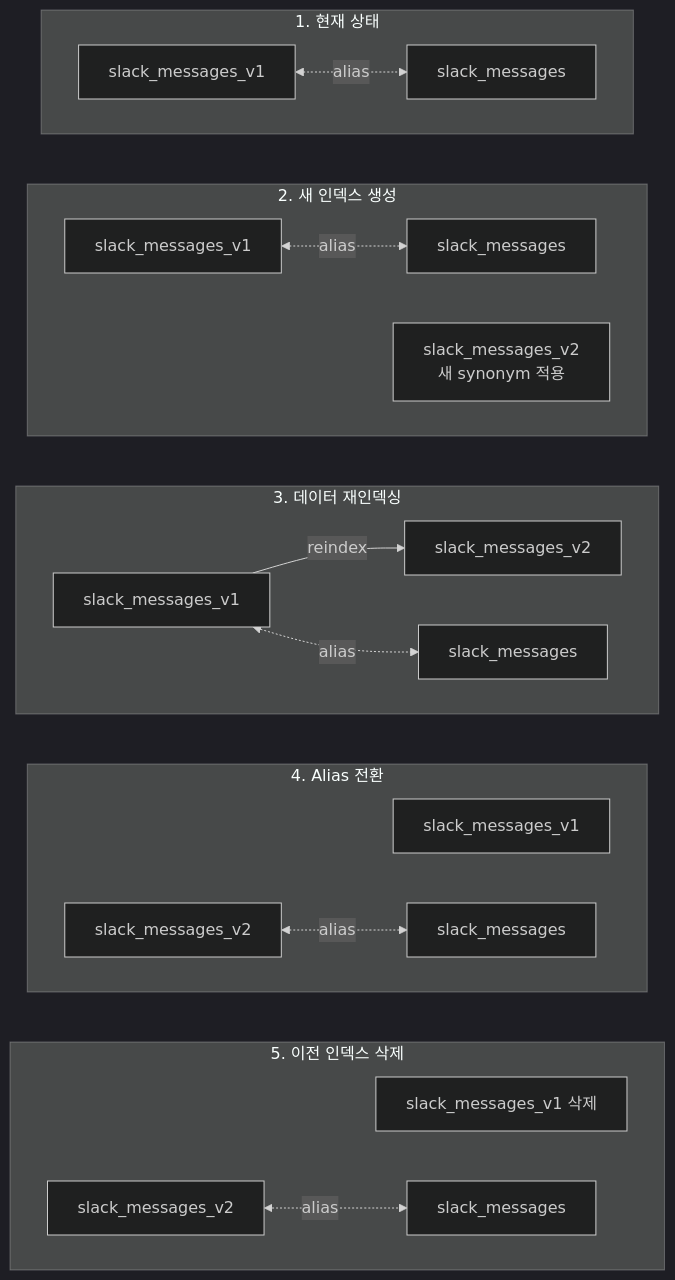
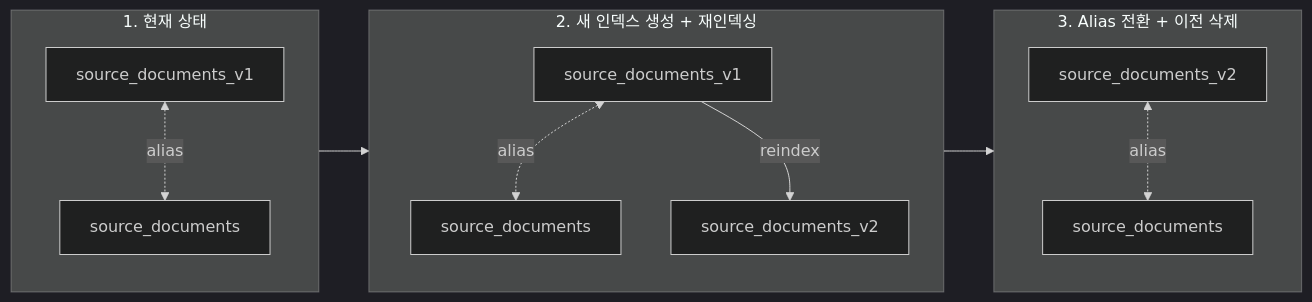
Before and after one commit to mkroo/termbase: the third of 5 diagrams in docs/ARCHITECTURE.md, drawn with Mermaid (dark theme). The commit also changed other lines of this file and 1 other file, not shown here.

First line of the commit message:
docs: ARCHITECTURE.md 및 REQUIREMENTS.md 전면 재설계

````diff
--- a/docs/ARCHITECTURE.md
+++ b/docs/ARCHITECTURE.md
@@ -238,28 +475,18 @@
 ```mermaid
-flowchart TB
+flowchart LR
     subgraph s1["1. 현재 상태"]
-        A1[slack_messages_v1] <-.->|alias| AL1[slack_messages]
+        A1[source_documents_v1] <-.->|alias| AL1[source_documents]
     end
 
-    subgraph s2["2. 새 인덱스 생성"]
-        A1_2[slack_messages_v1] <-.->|alias| AL2[slack_messages]
-        B2[slack_messages_v2<br/>새 synonym 적용]
+    subgraph s2["2. 새 인덱스 생성 + 재인덱싱"]
+        A2[source_documents_v1] <-.->|alias| AL2[source_documents]
+        B2[source_documents_v2]
+        A2 -->|reindex| B2
     end
 
-    subgraph s3["3. 데이터 재인덱싱"]
-        A1_3[slack_messages_v1] -->|reindex| B3[slack_messages_v2]
-        A1_3 <-.->|alias| AL3[slack_messages]
+    subgraph s3["3. Alias 전환 + 이전 삭제"]
+        B3[source_documents_v2] <-.->|alias| AL3[source_documents]
     end
 
-    subgraph s4["4. Alias 전환"]
-        A1_4[slack_messages_v1]
-        B4[slack_messages_v2] <-.->|alias| AL4[slack_messages]
-    end
-
-    subgraph s5["5. 이전 인덱스 삭제"]
-        X[slack_messages_v1 삭제]
-        B5[slack_messages_v2] <-.->|alias| AL5[slack_messages]
-    end
-
-    s1 ~~~ s2 ~~~ s3 ~~~ s4 ~~~ s5
+    s1 --> s2 --> s3
 ```
````
